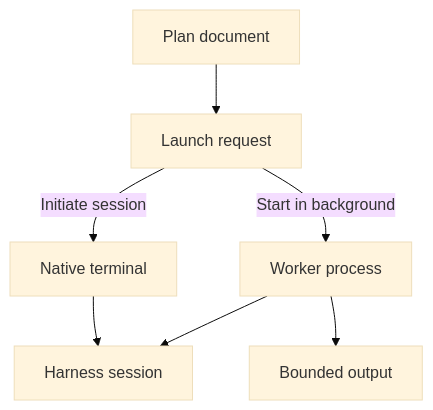
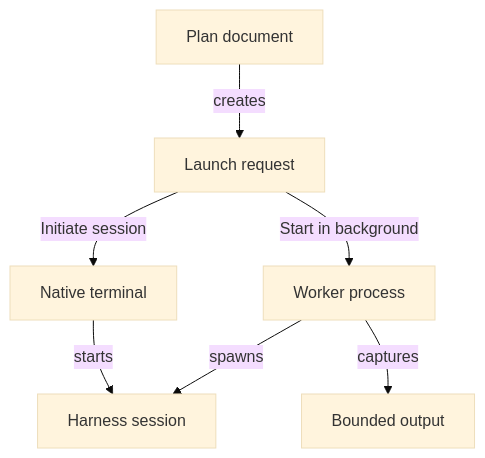
Before and after one commit to kirinmurphy/roborepo-alpha: the first of 4 diagrams in docs/plans/backlog/session-launching-milestone-1.md, drawn with Mermaid (base theme). The commit also changed other lines of this file and 52 other files, not shown here.

````diff
--- a/docs/plans/backlog/session-launching-milestone-1.md
+++ b/docs/plans/backlog/session-launching-milestone-1.md
@@ -51,9 +49,9 @@
 ```mermaid
 flowchart TD
-  Plan["Plan document"] --> Request["Launch request"]
+  Plan["Plan document"] -->|creates| Request["Launch request"]
   Request -->|"Initiate session"| Terminal["Native terminal"]
   Request -->|"Start in background"| Worker["Worker process"]
-  Worker --> Harness["Harness session"]
-  Terminal --> Harness
-  Worker --> Output["Bounded output"]
+  Worker -->|spawns| Harness["Harness session"]
+  Terminal -->|starts| Harness
+  Worker -->|captures| Output["Bounded output"]
 ```
````
